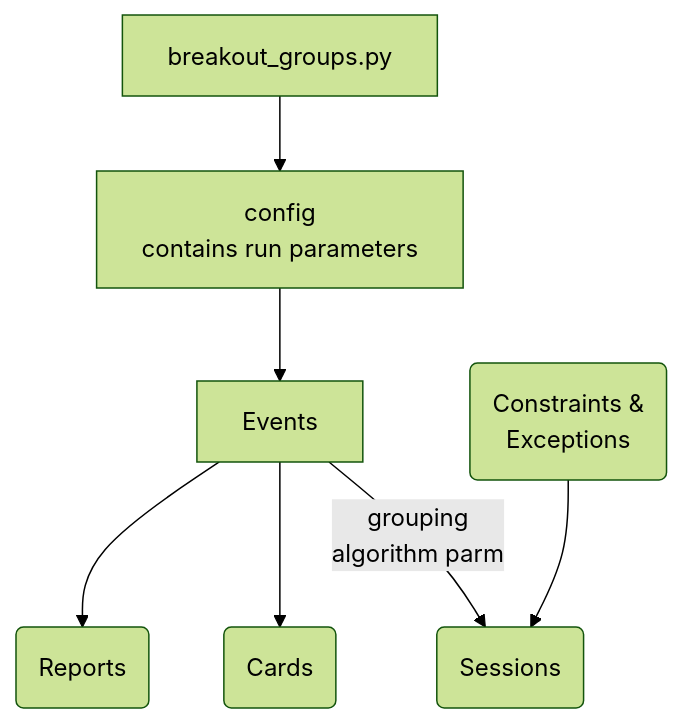
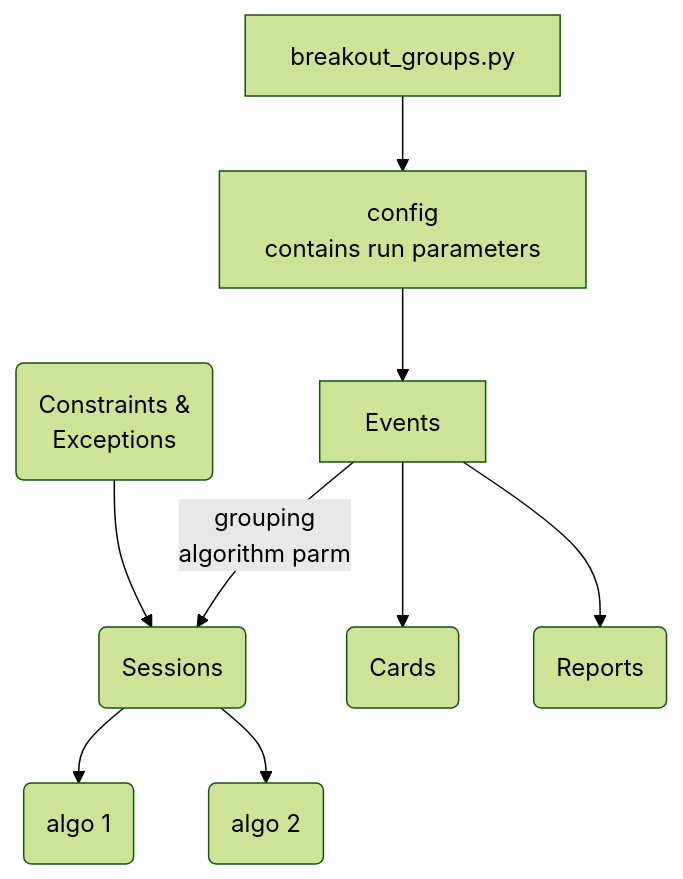
Before and after one commit to cswaim/breakout_groups: the first of 2 diagrams in doc/sys-diagram.md, drawn with Mermaid (forest theme). The commit also changed other lines of this file, not shown here.

````diff
--- a/doc/sys-diagram.md
+++ b/doc/sys-diagram.md
@@ -13,9 +13,11 @@
 ```mermaid
   graph TD;
       A[breakout_groups.py]-->B[config<br/>contains run parameters];
       B-->C[Events];
       C-->|grouping<br/>algorithm parm| D(Sessions);
       C-->E(Cards);
       C-->F(Reports);
-      G(Constraints &<br/>Exceptions)-->D
+      G(Constraints &<br/>Exceptions)-->D;
+      D-->H(algo 1);
+      D-->I(algo 2);
 ```
````
